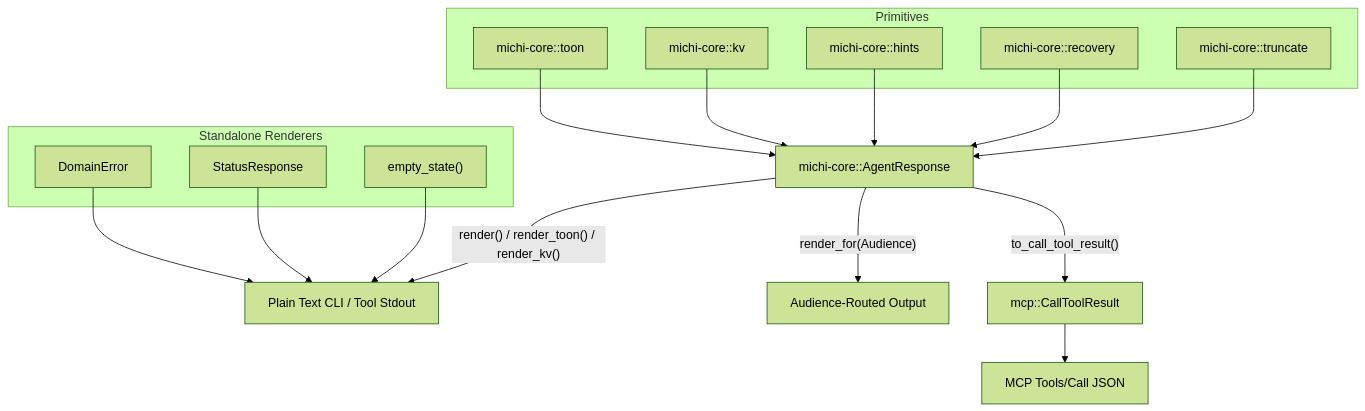
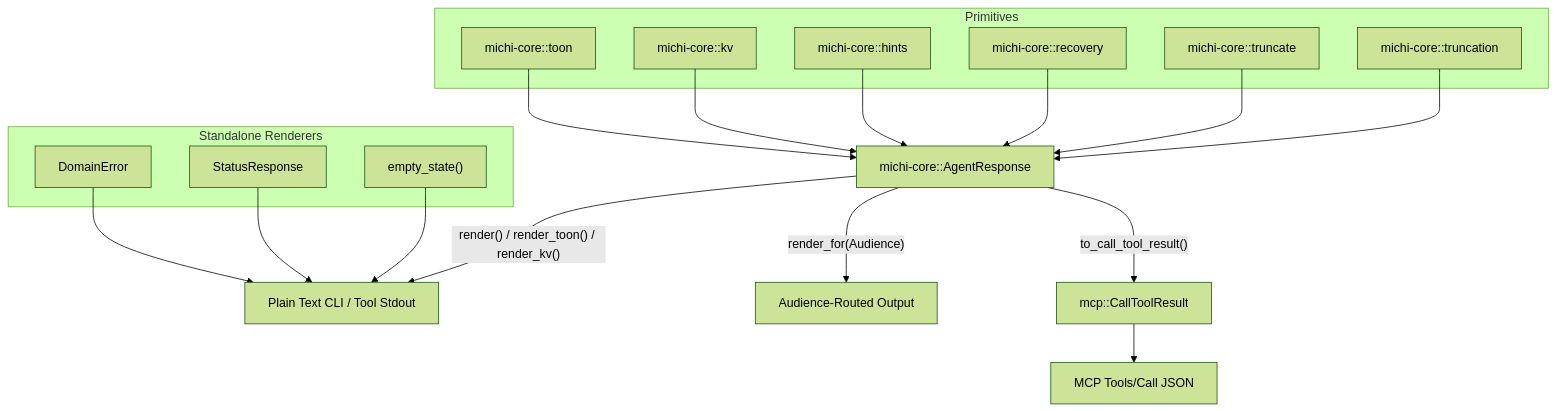
The second of 2 diagrams in ARCHITECTURE.md (orin-dx/michi), drawn with Mermaid (forest theme) before and after one commit. The commit also changed other lines of this file and 22 other files, not shown here.

First line of the commit message:
feat(core): report list truncation and keep error cause chains

````diff
--- a/ARCHITECTURE.md
+++ b/ARCHITECTURE.md
@@ -47,33 +48,35 @@
 ```mermaid
 flowchart TB
     subgraph primitives["Primitives"]
         toon["michi-core::toon"]
         kv["michi-core::kv"]
         hints["michi-core::hints"]
         recovery["michi-core::recovery"]
         truncate["michi-core::truncate"]
+        truncation["michi-core::truncation"]
     end
 
     toon --> AR
     kv --> AR
     hints --> AR
     recovery --> AR
     truncate --> AR
+    truncation --> AR
 
     AR["michi-core::AgentResponse"]
 
     AR -->|"render() / render_toon() / render_kv()"| text["Plain Text CLI / Tool Stdout"]
     AR -->|"render_for(Audience)"| textaud["Audience-Routed Output"]
     AR -->|"to_call_tool_result()"| mcpresult["mcp::CallToolResult"]
     mcpresult --> mcpjson["MCP Tools/Call JSON"]
 
     subgraph standalone["Standalone Renderers"]
         err["DomainError"]
         status["StatusResponse"]
         empty["empty_state()"]
     end
 
     err --> text
     status --> text
     empty --> text
 ```
````
